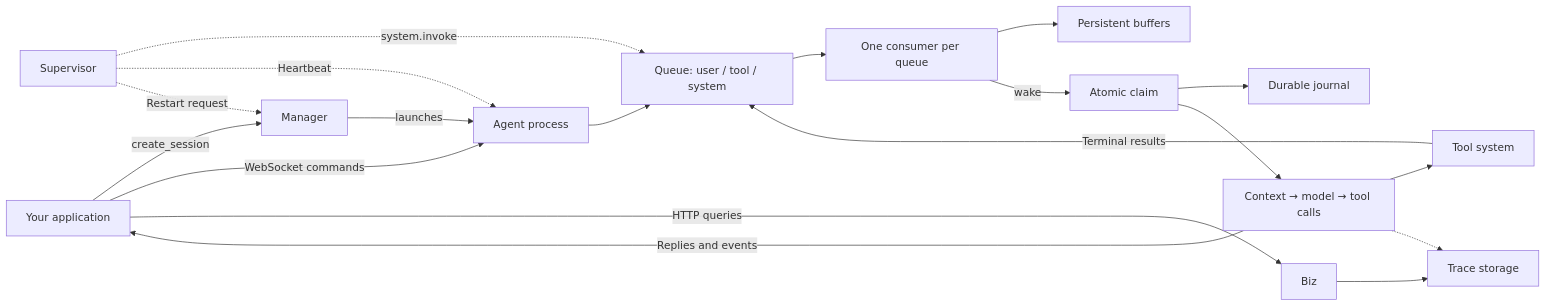
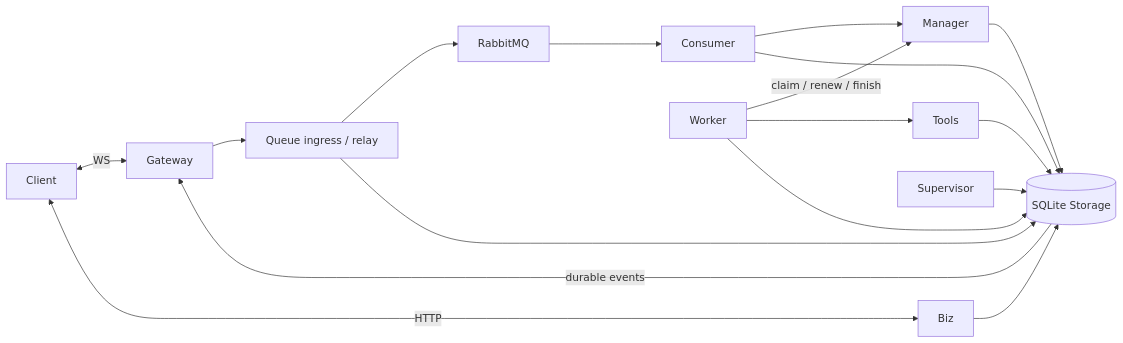
The diagram in README.md (HymioSpace/Oath), drawn with Mermaid before and after one commit. The commit also changed other lines of this file and 153 other files, not shown here.

````diff
--- a/README.md
+++ b/README.md
@@ -104,21 +67,14 @@
 ```mermaid
 flowchart LR
-    Client[Your application] -->|create_session| Manager[Manager]
-    Manager -->|launches| Agent[Agent process]
-    Client -->|WebSocket commands| Agent
-    Agent --> Queue[Queue: user / tool / system]
-    Queue --> Consumers[One consumer per queue]
-    Consumers --> Buffers[Persistent buffers]
-    Consumers -->|wake| Intake[Atomic claim]
-    Intake --> Journal[Durable journal]
-    Intake --> Brain[Context → model → tool calls]
-    Brain --> Tools[Tool system]
-    Tools -->|Terminal results| Queue
-    Brain -->|Replies and events| Client
-    Brain -.-> Traces[Trace storage]
-    Client -->|HTTP queries| API[Biz]
-    API --> Traces
-    Supervisor[Supervisor] -.->|system.invoke| Queue
-    Supervisor -.->|Heartbeat| Agent
-    Supervisor -.->|Restart request| Manager
+    Client <-->|WS| Gateway
+    Client <-->|HTTP| Biz
+    Gateway --> Queue[Queue ingress / relay]
+    Queue --> RabbitMQ
+    RabbitMQ --> Consumer
+    Consumer --> Manager
+    Worker -->|claim / renew / finish| Manager
+    Worker --> Tools
+    Supervisor --> Storage
+    Tools & Queue & Consumer & Manager & Worker & Biz --> Storage[(SQLite Storage)]
+    Storage -->|durable events| Gateway
 ```
````
